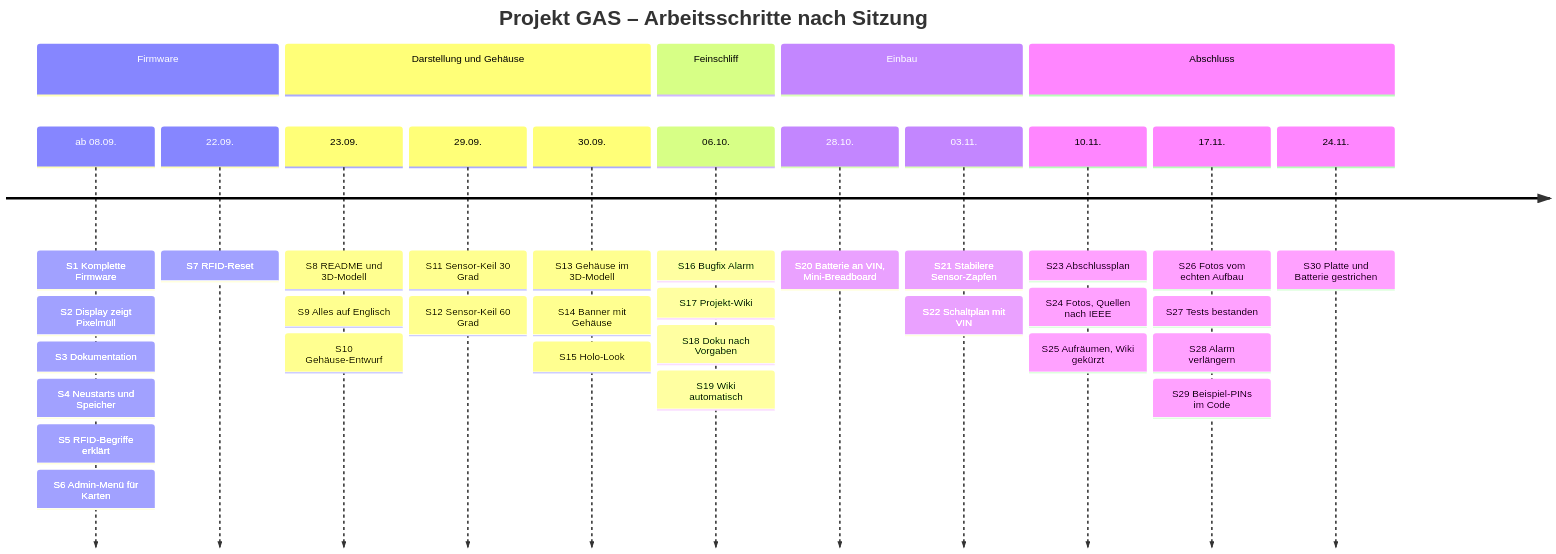
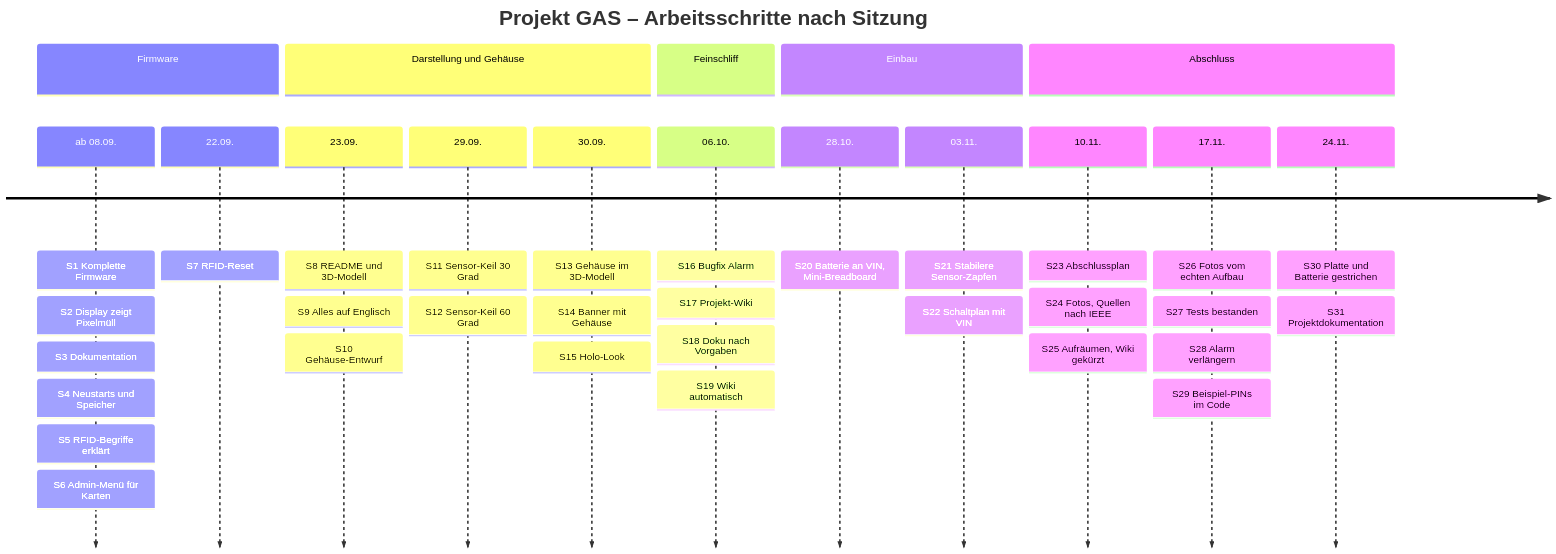
Before and after one commit to BBZ-AIFS51/LF7-Projekt_GAS: the first of 3 diagrams in wiki/Entwicklungsverlauf.md, drawn with Mermaid. The commit also changed other lines of this file and 5 other files, not shown here.

````diff
--- a/wiki/Entwicklungsverlauf.md
+++ b/wiki/Entwicklungsverlauf.md
@@ -23,39 +23,40 @@
 ```mermaid
 timeline
     title Projekt GAS – Arbeitsschritte nach Sitzung
     section Firmware
         ab 08.09. : S1 Komplette Firmware
                   : S2 Display zeigt Pixelmüll
                   : S3 Dokumentation
                   : S4 Neustarts und Speicher
                   : S5 RFID-Begriffe erklärt
                   : S6 Admin-Menü für Karten
         22.09. : S7 RFID-Reset
     section Darstellung und Gehäuse
         23.09. : S8 README und 3D-Modell
                : S9 Alles auf Englisch
                : S10 Gehäuse-Entwurf
         29.09. : S11 Sensor-Keil 30 Grad
                : S12 Sensor-Keil 60 Grad
         30.09. : S13 Gehäuse im 3D-Modell
                : S14 Banner mit Gehäuse
                : S15 Holo-Look
     section Feinschliff
         06.10. : S16 Bugfix Alarm
                : S17 Projekt-Wiki
                : S18 Doku nach Vorgaben
                : S19 Wiki automatisch
     section Einbau
         28.10. : S20 Batterie an VIN, Mini-Breadboard
         03.11. : S21 Stabilere Sensor-Zapfen
                : S22 Schaltplan mit VIN
     section Abschluss
         10.11. : S23 Abschlussplan
                : S24 Fotos, Quellen nach IEEE
                : S25 Aufräumen, Wiki gekürzt
         17.11. : S26 Fotos vom echten Aufbau
                : S27 Tests bestanden
                : S28 Alarm verlängern
                : S29 Beispiel-PINs im Code
         24.11. : S30 Platte und Batterie gestrichen
+               : S31 Projektdokumentation
 ```
````
